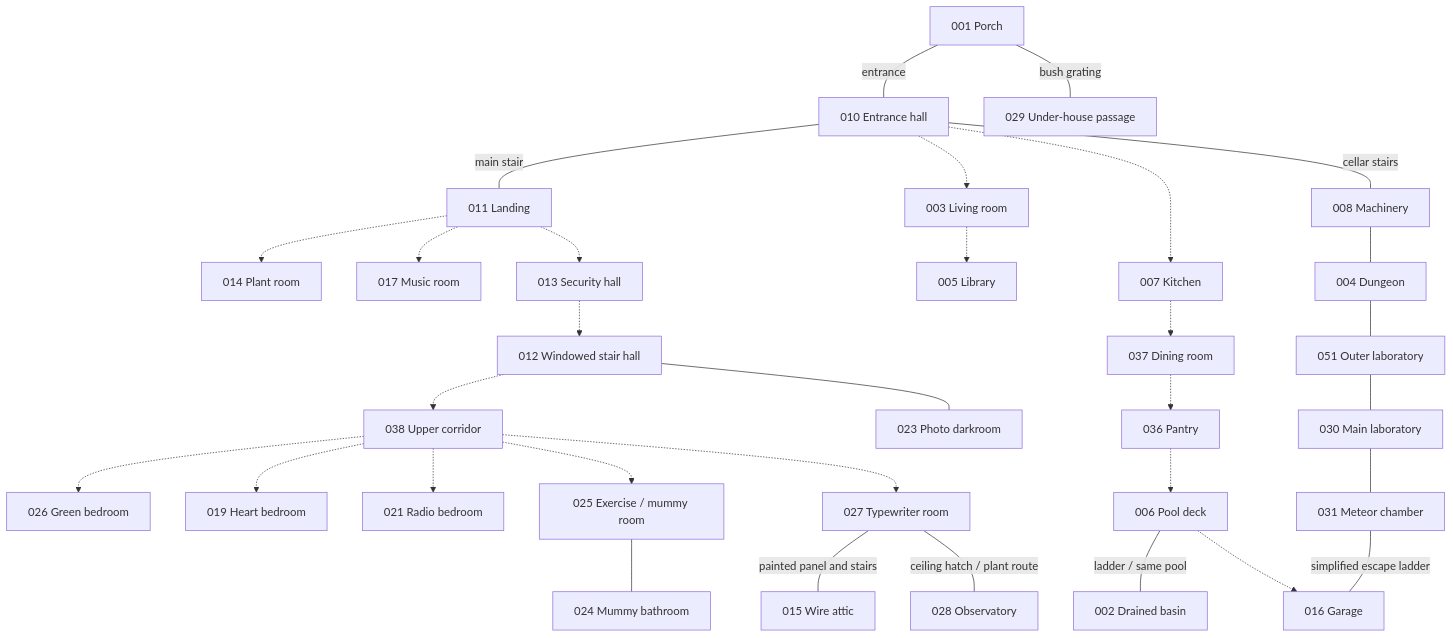
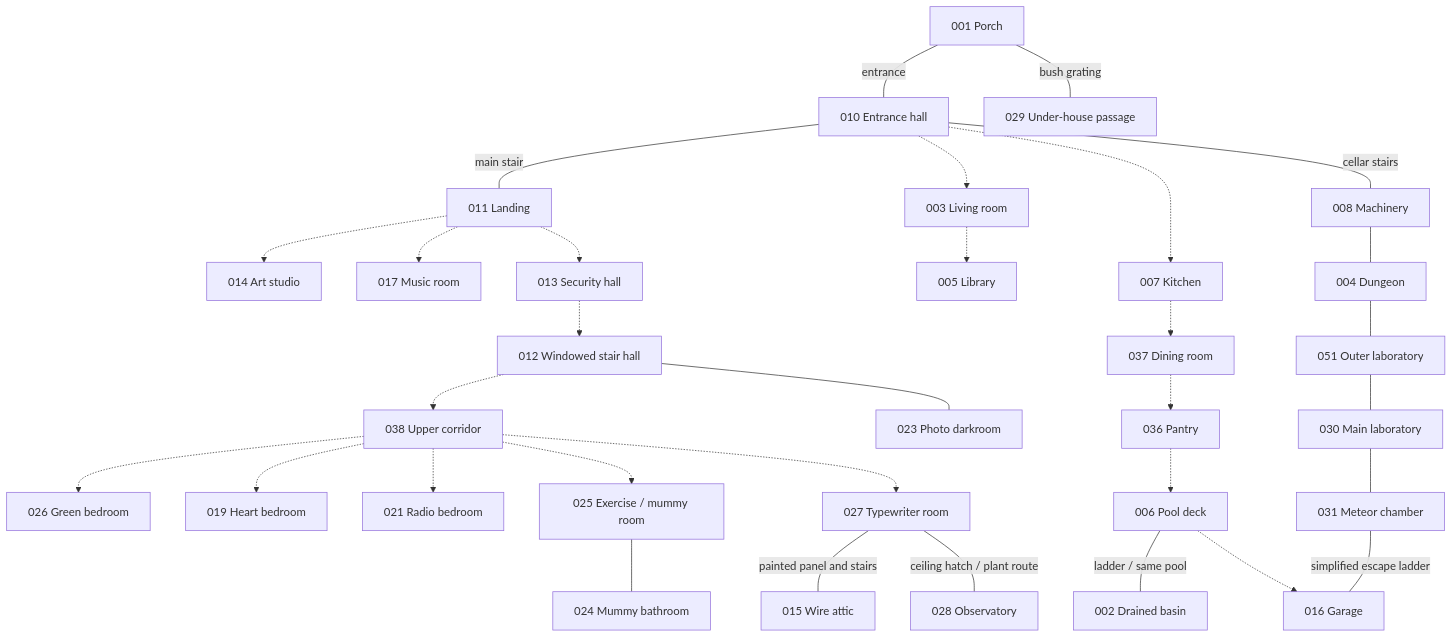
Before and after one commit to s-macke/maniac-mansion-3d: the diagram in docs/connection_map.md, drawn with Mermaid. The commit also changed other lines of this file and 94 other files, not shown here.

````diff
--- a/docs/connection_map.md
+++ b/docs/connection_map.md
@@ -42,34 +42,34 @@
 ```mermaid
 flowchart TD
     R001["001 Porch"] ---|entrance| R010["010 Entrance hall"]
     R010 ---|main stair| R011["011 Landing"]
     R010 -.-> R003["003 Living room"]
     R003 -.-> R005["005 Library"]
     R010 -.-> R007["007 Kitchen"]
     R007 -.-> R037["037 Dining room"]
     R037 -.-> R036["036 Pantry"]
     R036 -.-> R006["006 Pool deck"]
     R006 ---|ladder / same pool| R002["002 Drained basin"]
     R006 -.-> R016["016 Garage"]
     R010 ---|cellar stairs| R008["008 Machinery"]
     R001 ---|bush grating| R029["029 Under-house passage"]
     R008 --- R004["004 Dungeon"]
     R004 --- R051["051 Outer laboratory"]
     R051 --- R030["030 Main laboratory"]
     R030 --- R031["031 Meteor chamber"]
     R031 ---|simplified escape ladder| R016
-    R011 -.-> R014["014 Plant room"]
+    R011 -.-> R014["014 Art studio"]
     R011 -.-> R017["017 Music room"]
     R011 -.-> R013["013 Security hall"]
     R013 -.-> R012["012 Windowed stair hall"]
     R012 -.-> R038["038 Upper corridor"]
     R012 --- R023["023 Photo darkroom"]
     R038 -.-> R026["026 Green bedroom"]
     R038 -.-> R019["019 Heart bedroom"]
     R038 -.-> R021["021 Radio bedroom"]
     R038 -.-> R025["025 Exercise / mummy room"]
     R025 --- R024["024 Mummy bathroom"]
     R038 -.-> R027["027 Typewriter room"]
     R027 ---|painted panel and stairs| R015["015 Wire attic"]
     R027 ---|ceiling hatch / plant route| R028["028 Observatory"]
 ```
````
